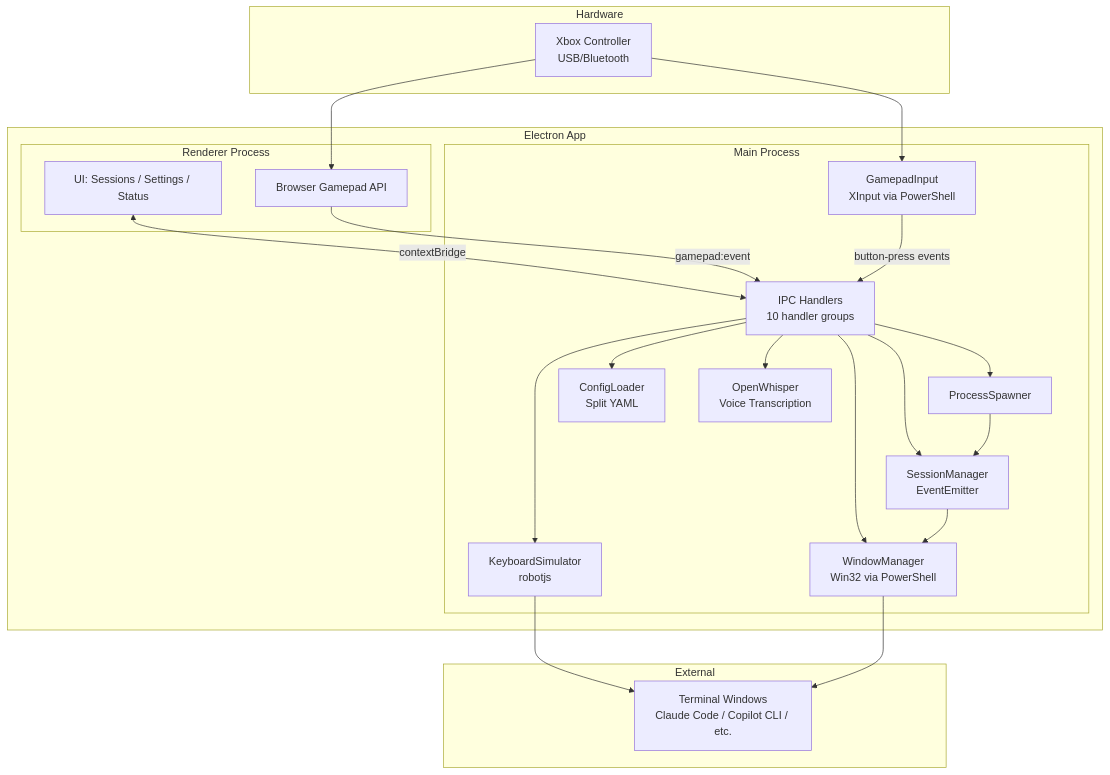
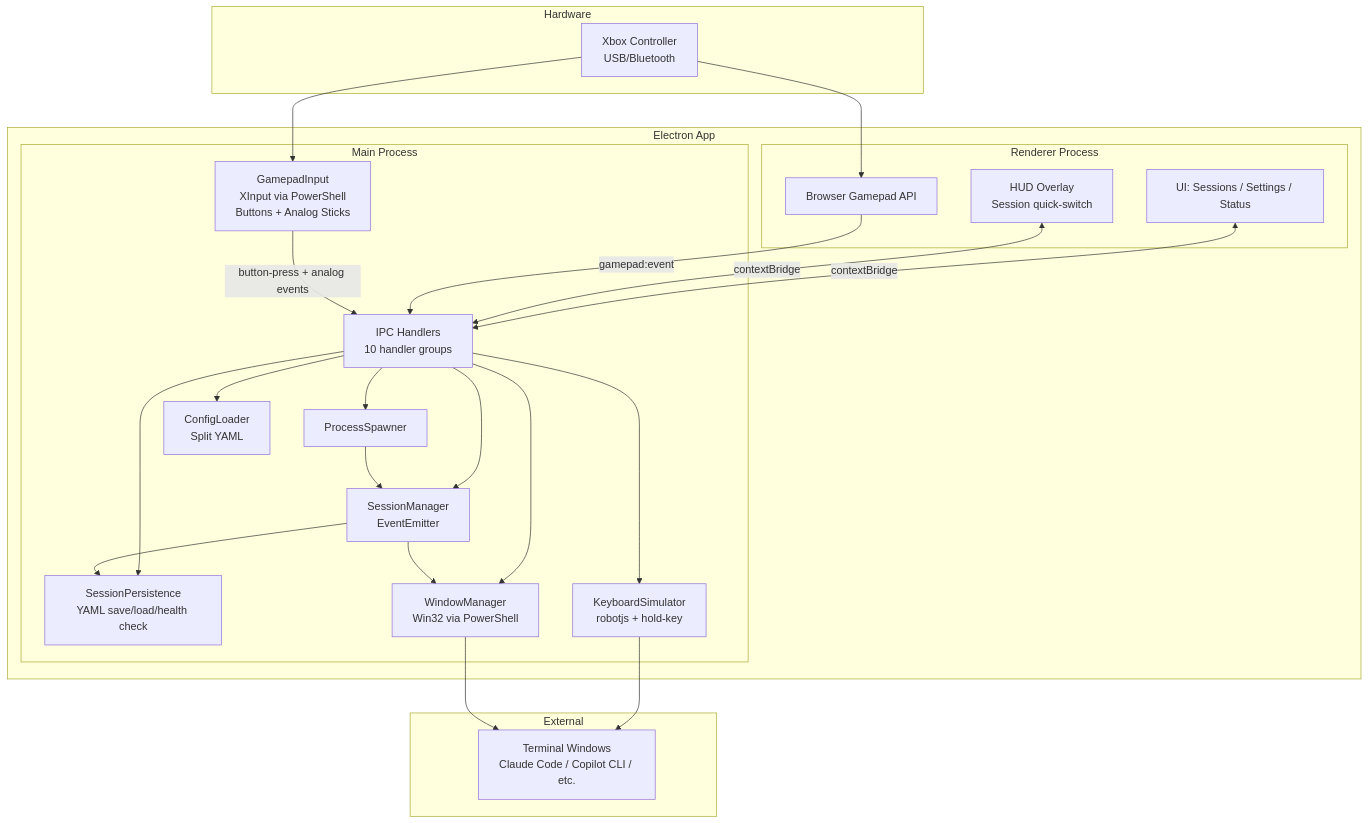
One commit to PetePeter/gamepad-cli-hub changed the diagram in CLAUDE.md. Above: the diagram before and after it, drawn with Mermaid. The commit also changed other lines of this file and 2 other files, not shown here.

````diff
--- a/CLAUDE.md
+++ b/CLAUDE.md
@@ -9,45 +9,48 @@
 ```mermaid
 graph TB
     subgraph Hardware
         XC[Xbox Controller<br/>USB/Bluetooth]
     end
 
     subgraph "Electron App"
         subgraph "Renderer Process"
             UI[UI: Sessions / Settings / Status]
+            HUD[HUD Overlay<br/>Session quick-switch]
             BGA[Browser Gamepad API]
         end
 
         subgraph "Main Process"
             IPC[IPC Handlers<br/>10 handler groups]
-            GI[GamepadInput<br/>XInput via PowerShell]
+            GI[GamepadInput<br/>XInput via PowerShell<br/>Buttons + Analog Sticks]
             SM[SessionManager<br/>EventEmitter]
+            SP[SessionPersistence<br/>YAML save/load/health check]
             PS[ProcessSpawner]
-            KS[KeyboardSimulator<br/>robotjs]
+            KS[KeyboardSimulator<br/>robotjs + hold-key]
             WM[WindowManager<br/>Win32 via PowerShell]
             CL[ConfigLoader<br/>Split YAML]
-            OW[OpenWhisper<br/>Voice Transcription]
         end
 
         UI <-->|contextBridge| IPC
+        HUD <-->|contextBridge| IPC
         BGA -->|gamepad:event| IPC
     end
 
     XC --> GI
     XC --> BGA
-    GI -->|button-press events| IPC
+    GI -->|button-press + analog events| IPC
     IPC --> SM
+    IPC --> SP
     IPC --> PS
     IPC --> KS
     IPC --> WM
     IPC --> CL
-    IPC --> OW
+    SM --> SP
     SM --> WM
     PS --> SM
     KS --> TW
     WM --> TW
 
     subgraph "External"
         TW[Terminal Windows<br/>Claude Code / Copilot CLI / etc.]
     end
 ```
````
